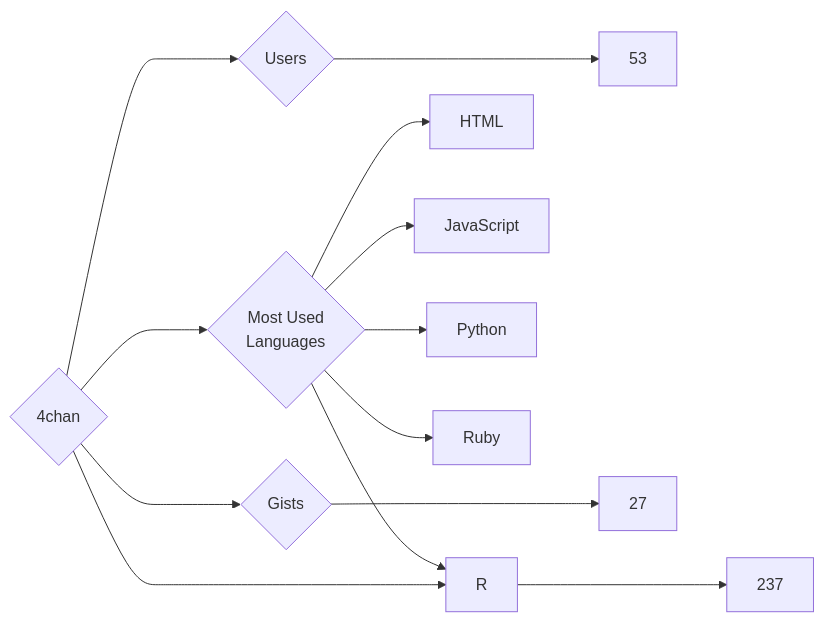
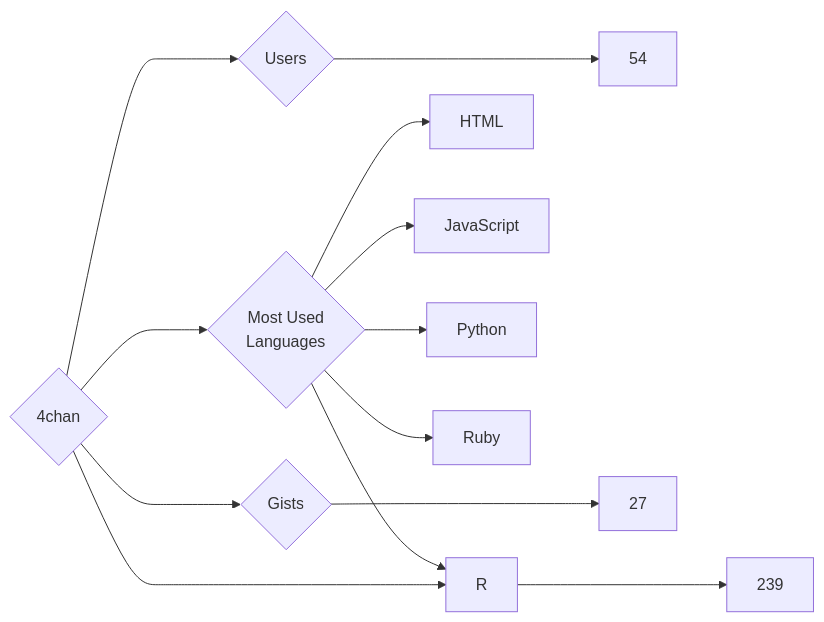
The diagram in targets/4chan/README.md (trickest/insiders), drawn with Mermaid before and after one commit. The commit also changed 1030 other files, not shown here.

````diff
--- a/targets/4chan/README.md
+++ b/targets/4chan/README.md
@@ -3,13 +3,13 @@
 ```mermaid
 graph LR
 COMPANY_NAME{4chan}
-COMPANY_NAME ---> U{Users} ---> UN[53]
-COMPANY_NAME ---> R{Repositories} ---> RN[237]
+COMPANY_NAME ---> U{Users} ---> UN[54]
+COMPANY_NAME ---> R{Repositories} ---> RN[239]
 COMPANY_NAME ---> G{Gists} ---> GN[27]
 COMPANY_NAME ---> ML{Most Used<br>Languages}
 ML --> HTML[HTML]
 ML --> JavaScript[JavaScript]
 ML --> Python[Python]
 ML --> Ruby[Ruby]
 ML --> R[R]
 ```
````
